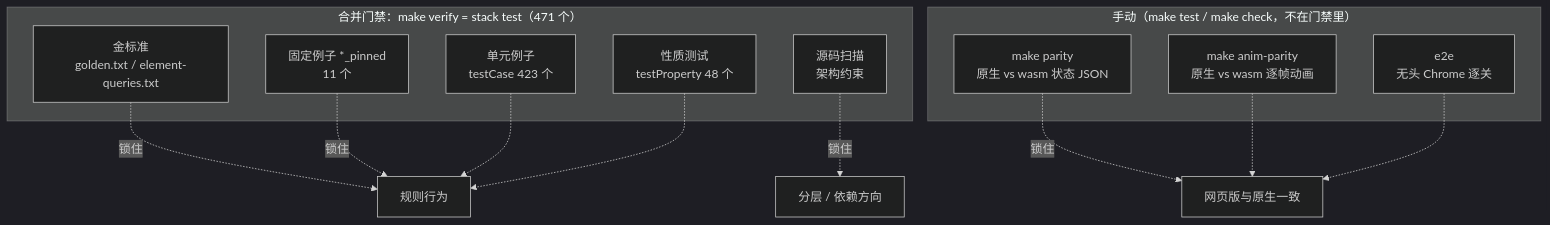
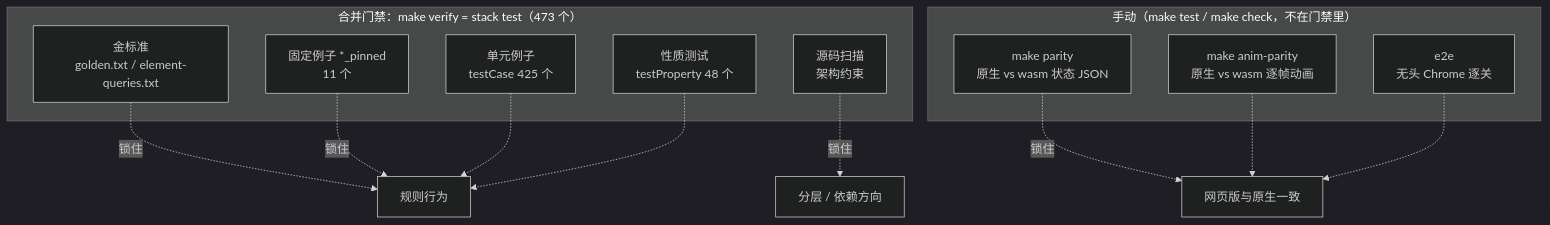
Before and after one commit to exsabersac/match3: the diagram in docs/guide/07-测试体系.md, drawn with Mermaid (dark theme). The commit also changed other lines of this file and 8 other files, not shown here.

Commit message:
WIP ecs-7: docs/guide 按 ECS 重写（04 元素框架、02 §7、03 步尾、09 术语、01 模块图）、08 演进史阶段 15、测试数 473

````diff
--- a/docs/guide/07-测试体系.md
+++ b/docs/guide/07-测试体系.md
@@ -8,23 +8,23 @@
 ```mermaid
 flowchart TB
-  subgraph gate["合并门禁：make verify = stack test（471 个）"]
-    U["单元例子<br/>testCase 423 个"]
+  subgraph gate["合并门禁：make verify = stack test（473 个）"]
+    U["单元例子<br/>testCase 425 个"]
     P["性质测试<br/>testProperty 48 个"]
     G["金标准<br/>golden.txt / element-queries.txt"]
     PN["固定例子 *_pinned<br/>11 个"]
     S["源码扫描<br/>架构约束"]
   end
   subgraph manual["手动（make test / make check，不在门禁里）"]
     PA["make parity<br/>原生 vs wasm 状态 JSON"]
     AP["make anim-parity<br/>原生 vs wasm 逐帧动画"]
     E2E["e2e<br/>无头 Chrome 逐关"]
   end
   G -.锁住.-> R["规则行为"]
   PN -.锁住.-> R
   U -.-> R
   P -.-> R
   S -.锁住.-> A["分层 / 依赖方向"]
   PA -.锁住.-> W["网页版与原生一致"]
   AP -.-> W
   E2E -.-> W
 ```
````
